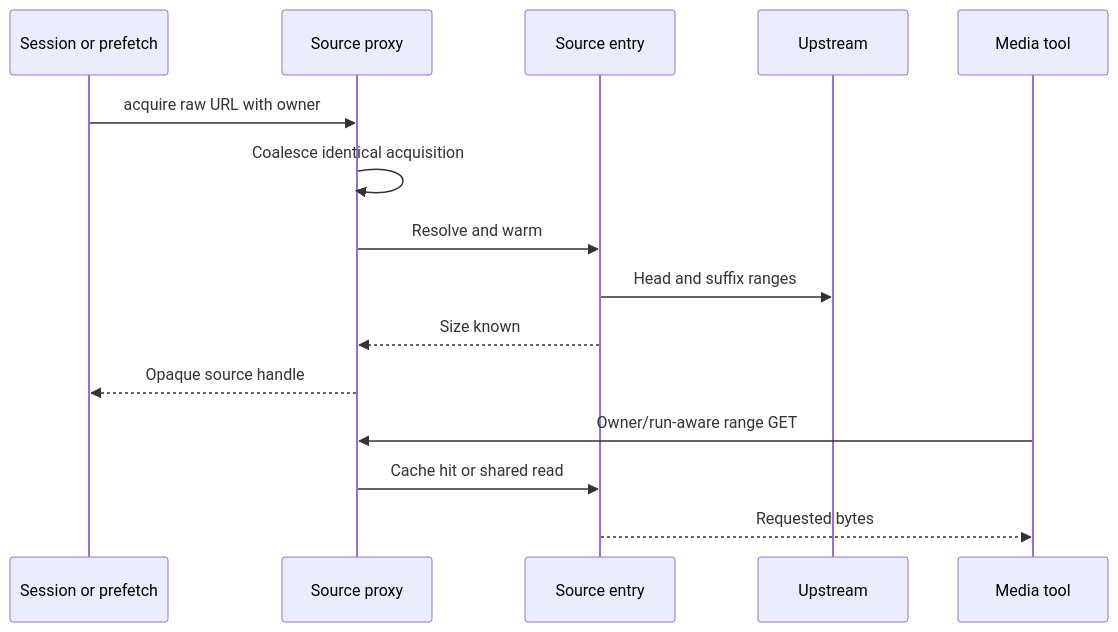
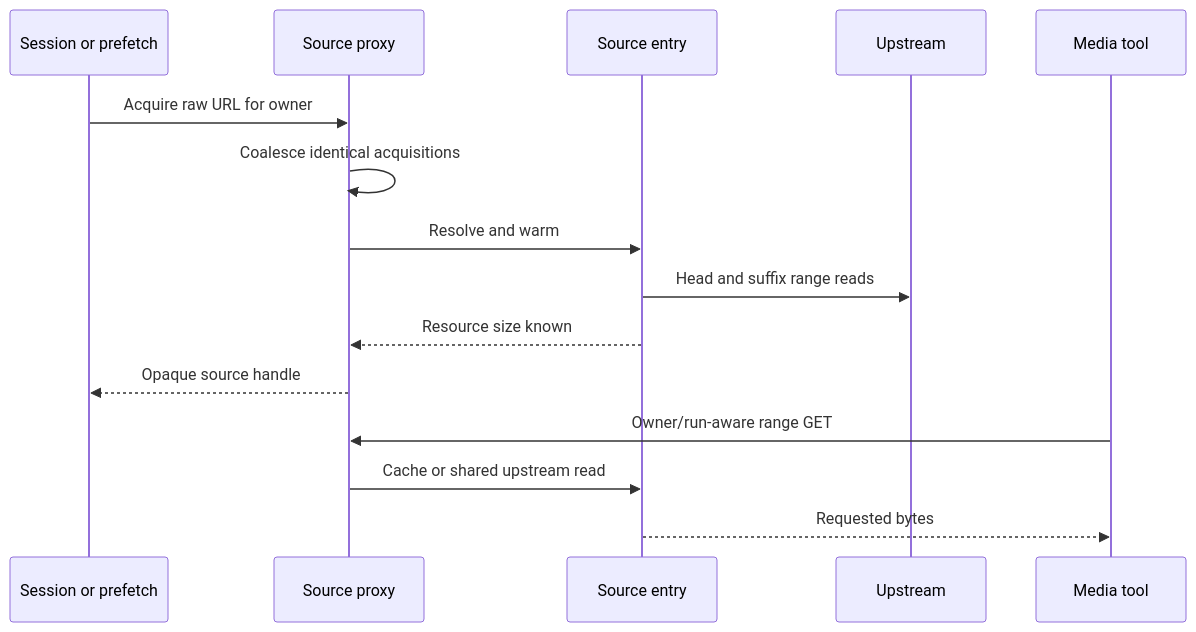
One commit to VeroxAUS/homestream changed the diagram in droid-wiki/systems/source-proxy.md. Above: the diagram before and after it, drawn with Mermaid. The commit also changed other lines of this file and 58 other files, not shown here.

````diff
--- a/droid-wiki/systems/source-proxy.md
+++ b/droid-wiki/systems/source-proxy.md
@@ -11,17 +13,17 @@
 ```mermaid
 sequenceDiagram
     participant Owner as Session or prefetch
     participant Proxy as Source proxy
     participant Entry as Source entry
     participant Remote as Upstream
     participant Tool as Media tool
-    Owner->>Proxy: acquire raw URL with owner
-    Proxy->>Proxy: Coalesce identical acquisition
+    Owner->>Proxy: Acquire raw URL for owner
+    Proxy->>Proxy: Coalesce identical acquisitions
     Proxy->>Entry: Resolve and warm
-    Entry->>Remote: Head and suffix ranges
-    Entry-->>Proxy: Size known
+    Entry->>Remote: Head and suffix range reads
+    Entry-->>Proxy: Resource size known
     Proxy-->>Owner: Opaque source handle
     Tool->>Proxy: Owner/run-aware range GET
-    Proxy->>Entry: Cache hit or shared read
+    Proxy->>Entry: Cache or shared upstream read
     Entry-->>Tool: Requested bytes
 ```
````
